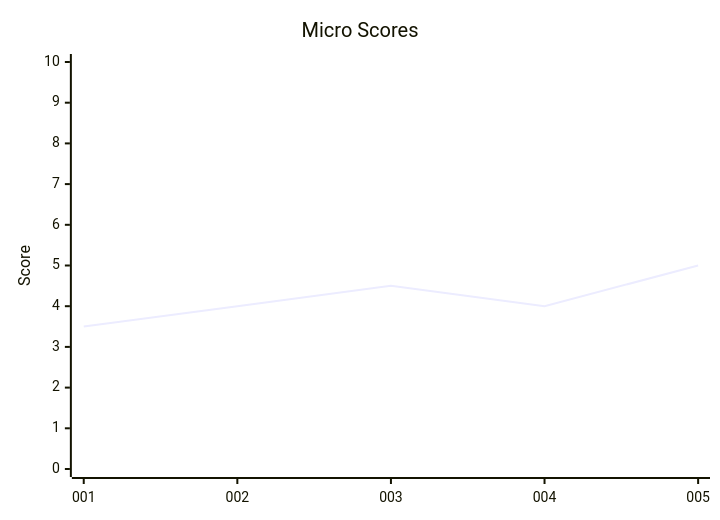
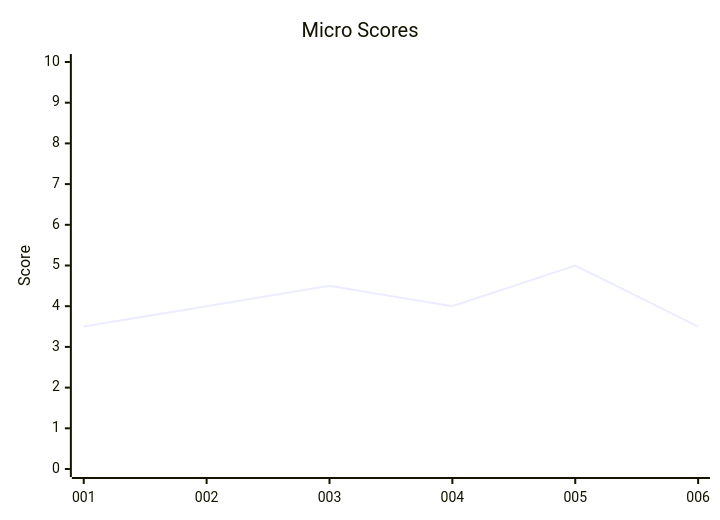
The diagram in README.md (ryancocuzzo/system-design), drawn with Mermaid before and after one commit. The commit also changed other lines of this file and 3 other files, not shown here.

````diff
--- a/README.md
+++ b/README.md
@@ -46,7 +47,7 @@
 ```mermaid
 xychart-beta
     title "Micro Scores"
-    x-axis [001, 002, 003, 004, 005]
+    x-axis [001, 002, 003, 004, 005, 006]
     y-axis "Score" 0 --> 10
-    line [3.5, 4, 4.5, 4, 5]
+    line [3.5, 4, 4.5, 4, 5, 3.5]
 ```
````
